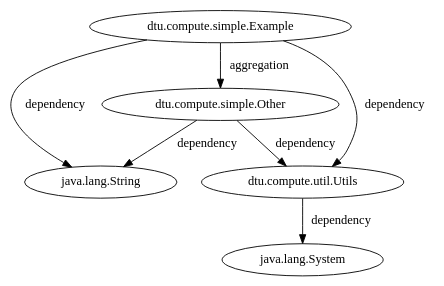
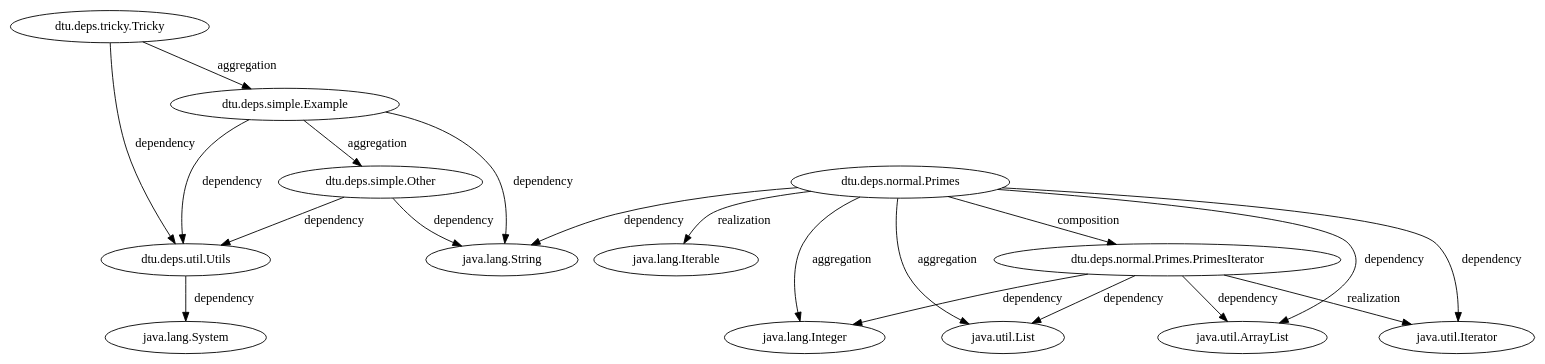
The diagram in result.dot (wcbup/Class-Diagram), drawn with Graphviz before and after one commit. The commit also changed 3 other files, not shown here.

```diff
--- a/result.dot
+++ b/result.dot
@@ -1,13 +1,34 @@
 digraph SourceGra {
-x0 [label = "dtu.compute.simple.Other"];
-x1 [label = "java.lang.String"];
-x2 [label = "dtu.compute.util.Utils"];
-x3 [label = "dtu.compute.simple.Example"];
-x4 [label = "java.lang.System"];
-x0 -> x1 [label = "dependency"];
+x0 [label = "dtu.deps.tricky.Tricky"];
+x1 [label = "dtu.deps.simple.Example"];
+x2 [label = "dtu.deps.util.Utils"];
+x3 [label = "java.lang.System"];
+x4 [label = "dtu.deps.normal.Primes"];
+x5 [label = "java.lang.Iterable"];
+x6 [label = "java.lang.Integer"];
+x7 [label = "java.util.List"];
+x8 [label = "java.util.ArrayList"];
+x9 [label = "java.lang.String"];
+x10 [label = "java.util.Iterator"];
+x11 [label = "dtu.deps.normal.Primes.PrimesIterator"];
+x12 [label = "dtu.deps.simple.Other"];
+x0 -> x1 [label = "aggregation"];
 x0 -> x2 [label = "dependency"];
-x3 -> x0 [label = "aggregation"];
-x3 -> x1 [label = "dependency"];
-x3 -> x2 [label = "dependency"];
-x2 -> x4 [label = "dependency"];
+x2 -> x3 [label = "dependency"];
+x4 -> x5 [label = "realization"];
+x4 -> x6 [label = "aggregation"];
+x4 -> x7 [label = "aggregation"];
+x4 -> x11 [label = "composition"];
+x4 -> x8 [label = "dependency"];
+x4 -> x9 [label = "dependency"];
+x4 -> x10 [label = "dependency"];
+x11 -> x10 [label = "realization"];
+x11 -> x8 [label = "dependency"];
+x11 -> x6 [label = "dependency"];
+x11 -> x7 [label = "dependency"];
+x12 -> x9 [label = "dependency"];
+x12 -> x2 [label = "dependency"];
+x1 -> x12 [label = "aggregation"];
+x1 -> x9 [label = "dependency"];
+x1 -> x2 [label = "dependency"];
 }
```
